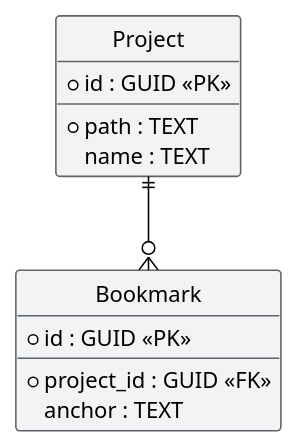
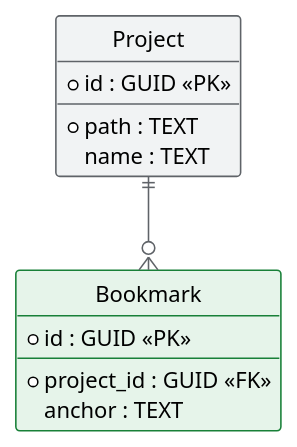
Before and after one commit to salaroglio/MdExplorer: the fourth of 6 diagrams in MdExplorer/skills/mde-plantuml/SKILL.md, drawn with PlantUML. The commit also changed other lines of this file and 1 other file, not shown here.

First line of the commit message:
feat(skills): mde-plantuml — colore dettagliato per tipo di diagramma e mindmap

````diff
--- a/MdExplorer/skills/mde-plantuml/SKILL.md
+++ b/MdExplorer/skills/mde-plantuml/SKILL.md
@@ -193,23 +303,24 @@
 ```plantuml
 @startuml
 !theme plain
 hide circle
 skinparam linetype ortho
 skinparam ClassBackgroundColor #F1F3F4
 skinparam ClassBorderColor #5F6368
+skinparam ArrowColor #5F6368
 
 entity Project {
   * id : GUID <<PK>>
   --
   * path : TEXT
   name : TEXT
 }
-entity Bookmark {
+entity Bookmark #E6F4EA;line:188038 {
   * id : GUID <<PK>>
   --
   * project_id : GUID <<FK>>
   anchor : TEXT
 }
 Project ||--o{ Bookmark
 @enduml
 ```
````
